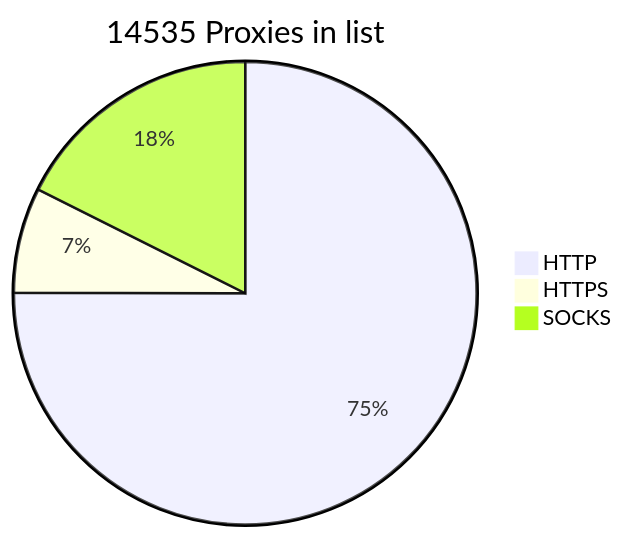
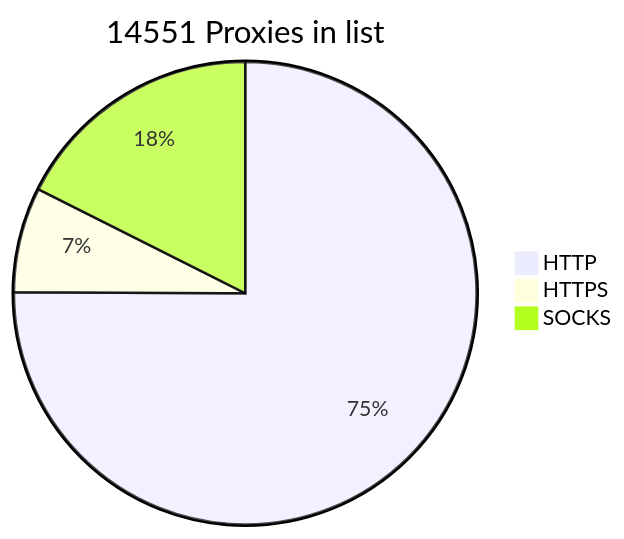
Before and after one commit to BlackSnowDot/proxylist-update-every-minute: the diagram in README.md, drawn with Mermaid.

````diff
--- a/README.md
+++ b/README.md
@@ -2,6 +2,6 @@
 ```mermaid
-pie title 14535 Proxies in list
-    "HTTP" : 11107
-    "HTTPS": 1087
+pie title 14551 Proxies in list
+    "HTTP" : 11124
+    "HTTPS": 1088
     "SOCKS" : 2607
 ```
````
